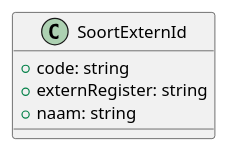
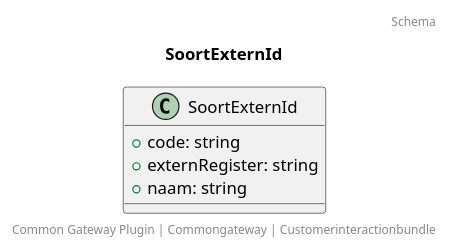
The diagram in docs/schema/klant.soortExternId.puml (CommonGateway/CustomerInteractionBundle), drawn with PlantUML before and after one commit. The commit also changed 41 other files, not shown here.

```diff
--- a/docs/schema/klant.soortExternId.puml
+++ b/docs/schema/klant.soortExternId.puml
@@ -1,7 +1,11 @@
 @startuml
+title: SoortExternId
+footer: Common Gateway Plugin | Commongateway | Customerinteractionbundle 
+header: Schema
+
 class SoortExternId {
   + code: string
   + externRegister: string
   + naam: string
 }
 @enduml
```
